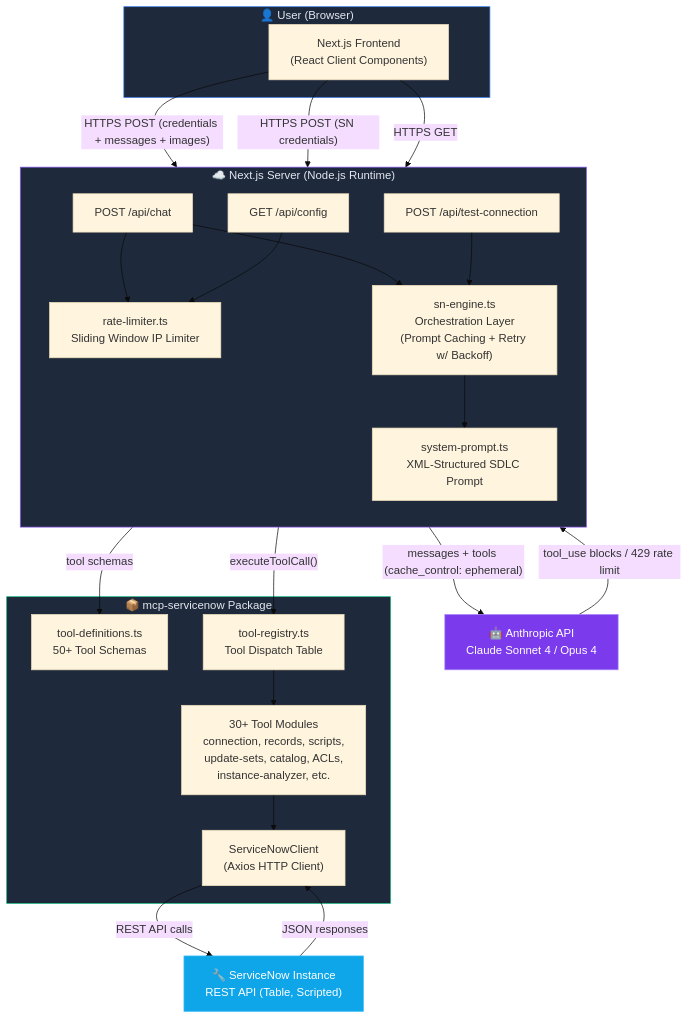
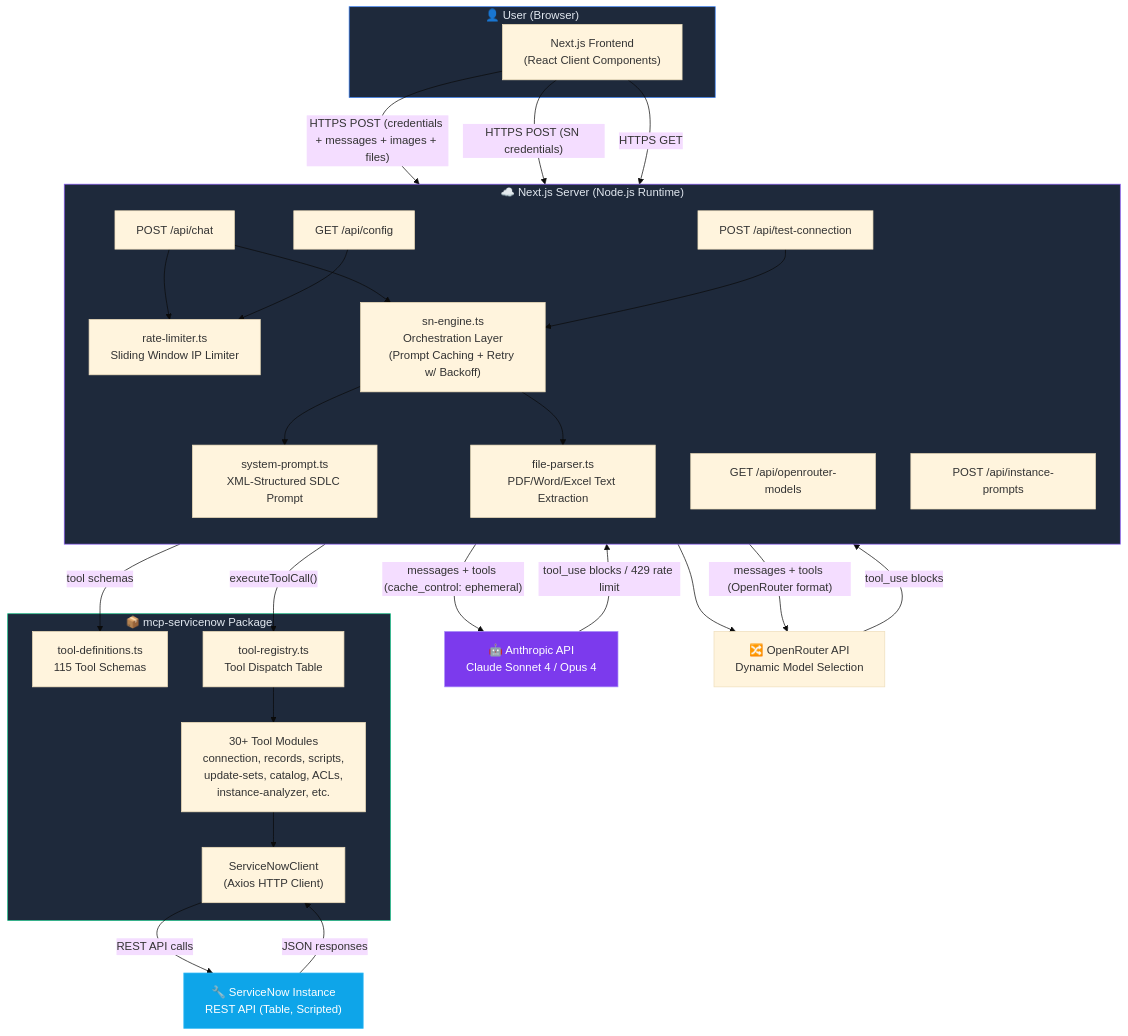
The first of 13 diagrams in docs/architecture.md (rtnsht/SN-AI-Dev-Agent), drawn with Mermaid (base theme) before and after one commit. The commit also changed other lines of this file and 19 other files, not shown here.

First line of the commit message:
feat: OpenRouter multi-provider, Flow Designer scope fix, UI/UX improvements

````diff
--- a/docs/architecture.md
+++ b/docs/architecture.md
@@ -9,51 +9,59 @@
 ```mermaid
 graph TB
     subgraph USER["👤 User (Browser)"]
         UI["Next.js Frontend<br/>(React Client Components)"]
     end
 
     subgraph NEXTJS["☁️ Next.js Server (Node.js Runtime)"]
         direction TB
         API_CHAT["POST /api/chat"]
         API_CONN["POST /api/test-connection"]
         API_CFG["GET /api/config"]
+        API_MODELS["GET /api/openrouter-models"]
+        API_PROMPTS["POST /api/instance-prompts"]
         ENGINE["sn-engine.ts<br/>Orchestration Layer<br/>(Prompt Caching + Retry w/ Backoff)"]
         PROMPT["system-prompt.ts<br/>XML-Structured SDLC Prompt"]
         RATE["rate-limiter.ts<br/>Sliding Window IP Limiter"]
+        FPARSE["file-parser.ts<br/>PDF/Word/Excel Text Extraction"]
     end
 
     subgraph MCP["📦 mcp-servicenow Package"]
-        DEFS["tool-definitions.ts<br/>50+ Tool Schemas"]
+        DEFS["tool-definitions.ts<br/>115 Tool Schemas"]
         REG["tool-registry.ts<br/>Tool Dispatch Table"]
         CLIENT["ServiceNowClient<br/>(Axios HTTP Client)"]
         TOOLS["30+ Tool Modules<br/>connection, records, scripts,<br/>update-sets, catalog, ACLs,<br/>instance-analyzer, etc."]
     end
 
     ANTHROPIC["🤖 Anthropic API<br/>Claude Sonnet 4 / Opus 4"]
+    OPENROUTER["🔀 OpenRouter API<br/>Dynamic Model Selection"]
     SN["🔧 ServiceNow Instance<br/>REST API (Table, Scripted)"]
 
-    UI -- "HTTPS POST (credentials + messages + images)" --> API_CHAT
+    UI -- "HTTPS POST (credentials + messages + images + files)" --> API_CHAT
     UI -- "HTTPS POST (SN credentials)" --> API_CONN
     UI -- "HTTPS GET" --> API_CFG
 
     API_CHAT --> RATE
     API_CHAT --> ENGINE
     API_CONN --> ENGINE
     API_CFG --> RATE
 
     ENGINE --> PROMPT
     ENGINE -- "tool schemas" --> DEFS
+    API_MODELS --> OPENROUTER
+    ENGINE --> FPARSE
     ENGINE -- "messages + tools (cache_control: ephemeral)" --> ANTHROPIC
+    ENGINE -- "messages + tools (OpenRouter format)" --> OPENROUTER
     ANTHROPIC -- "tool_use blocks / 429 rate limit" --> ENGINE
+    OPENROUTER -- "tool_use blocks" --> ENGINE
     ENGINE -- "executeToolCall()" --> REG
     REG --> TOOLS
     TOOLS --> CLIENT
     CLIENT -- "REST API calls" --> SN
     SN -- "JSON responses" --> CLIENT
 
     style USER fill:#1e293b,stroke:#3b82f6,color:#e2e8f0
     style NEXTJS fill:#1e293b,stroke:#8b5cf6,color:#e2e8f0
     style MCP fill:#1e293b,stroke:#10b981,color:#e2e8f0
     style ANTHROPIC fill:#7c3aed,stroke:#a78bfa,color:#fff
     style SN fill:#0ea5e9,stroke:#38bdf8,color:#fff
 ```
````
